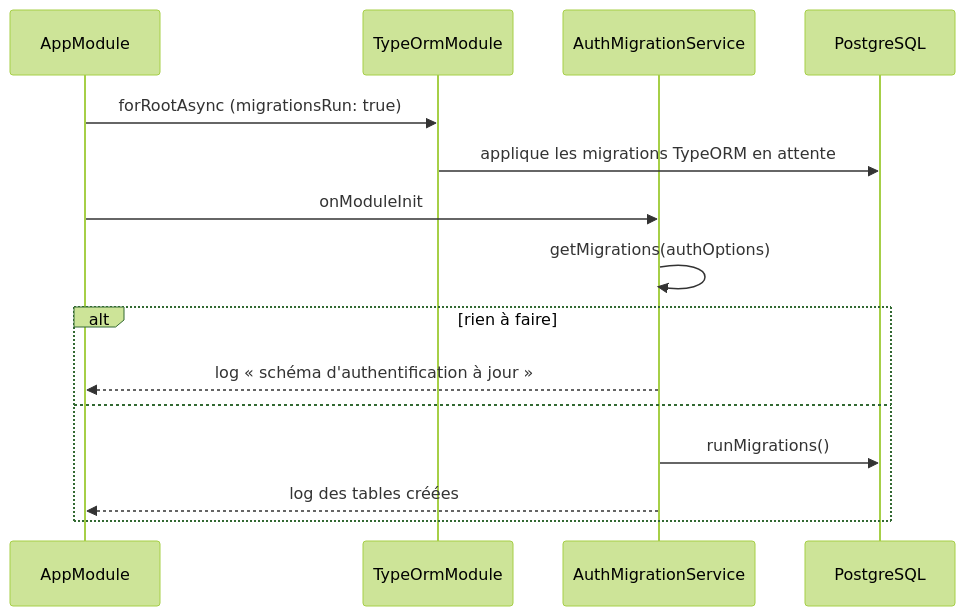
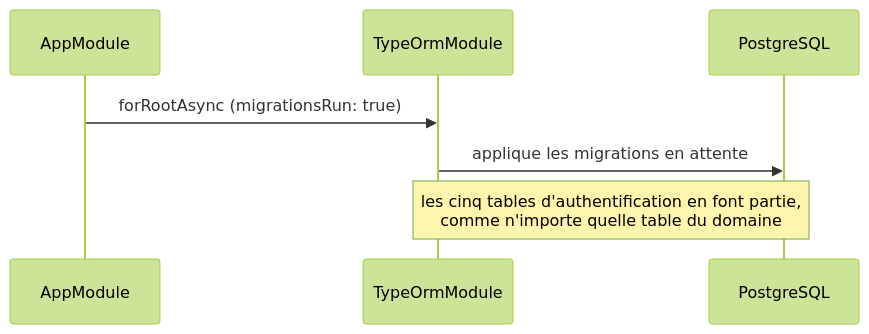
Before and after one commit to Charles-Mahoudeau/survivor-cartepro: the seventh of 7 diagrams in docs/design/authentication.md, drawn with Mermaid (forest theme). The commit also changed other lines of this file and 1 other file, not shown here.

First line of the commit message:
docs(auth): rewrite the specification for the inverted schema ownership

````diff
--- a/docs/design/authentication.md
+++ b/docs/design/authentication.md
@@ -342,18 +356,10 @@
 ```mermaid
 sequenceDiagram
     participant A as AppModule
     participant T as TypeOrmModule
-    participant M as AuthMigrationService
     participant D as PostgreSQL
 
     A->>T: forRootAsync (migrationsRun: true)
-    T->>D: applique les migrations TypeORM en attente
-    A->>M: onModuleInit
-    M->>M: getMigrations(authOptions)
-    alt rien à faire
-        M-->>A: log « schéma d'authentification à jour »
-    else
-        M->>D: runMigrations()
-        M-->>A: log des tables créées
-    end
+    T->>D: applique les migrations en attente
+    Note over T,D: les cinq tables d'authentification en font partie,<br/>comme n'importe quelle table du domaine
 ```
````
